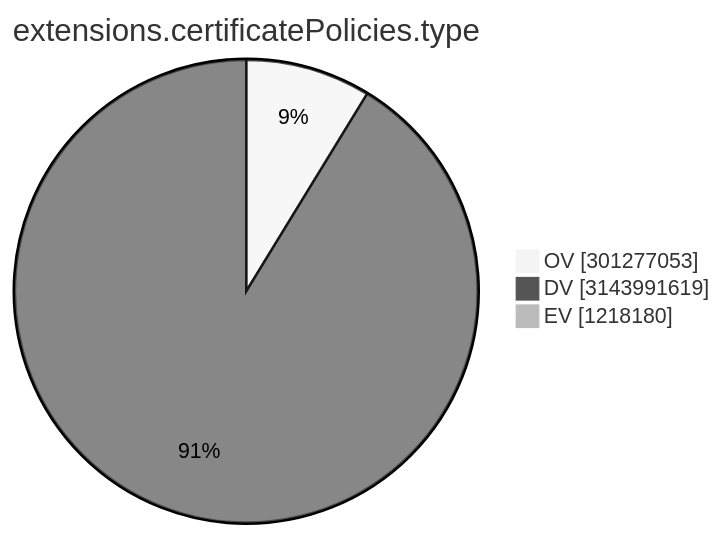
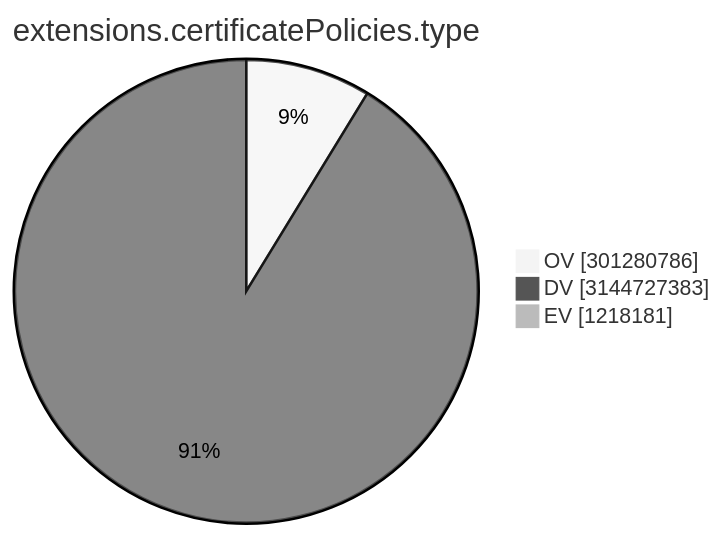
Before and after one commit to christiankrug/ctmonitor_visualization: the ninth of 15 diagrams in TOTAL/README.md, drawn with Mermaid (neutral theme). The commit also changed other lines of this file, not shown here.

````diff
--- a/TOTAL/README.md
+++ b/TOTAL/README.md
@@ -3105,7 +3105,7 @@
 ```mermaid
 pie showData
 title extensions.certificatePolicies.type
-"OV" :301277053
-"DV" :3143991619
-"EV" :1218180
+"OV" :301280786
+"DV" :3144727383
+"EV" :1218181
 ```
````
